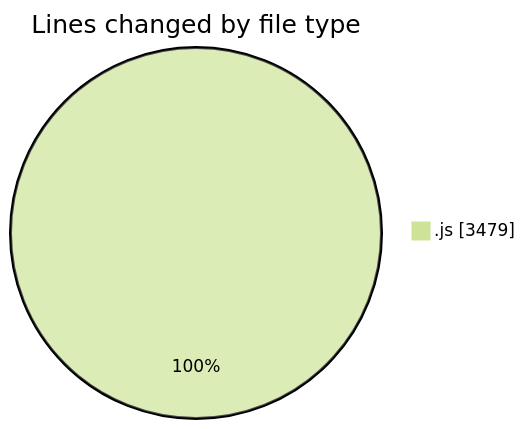
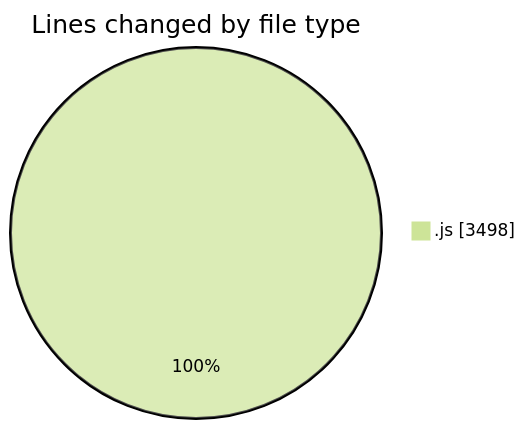
One commit to nxtqubesakshisongat/code-tracking changed the first of 2 diagrams in 2025-08-11/nxtqube_webapp/README.md. Above: the diagram before and after it, drawn with Mermaid (forest theme). The commit also changed other lines of this file and 1 other file, not shown here.

````diff
--- a/2025-08-11/nxtqube_webapp/README.md
+++ b/2025-08-11/nxtqube_webapp/README.md
@@ -21,5 +21,5 @@
 ```mermaid
 pie showData
 title Lines changed by file type
-".js" : 3479
+".js" : 3498
 ```
````
